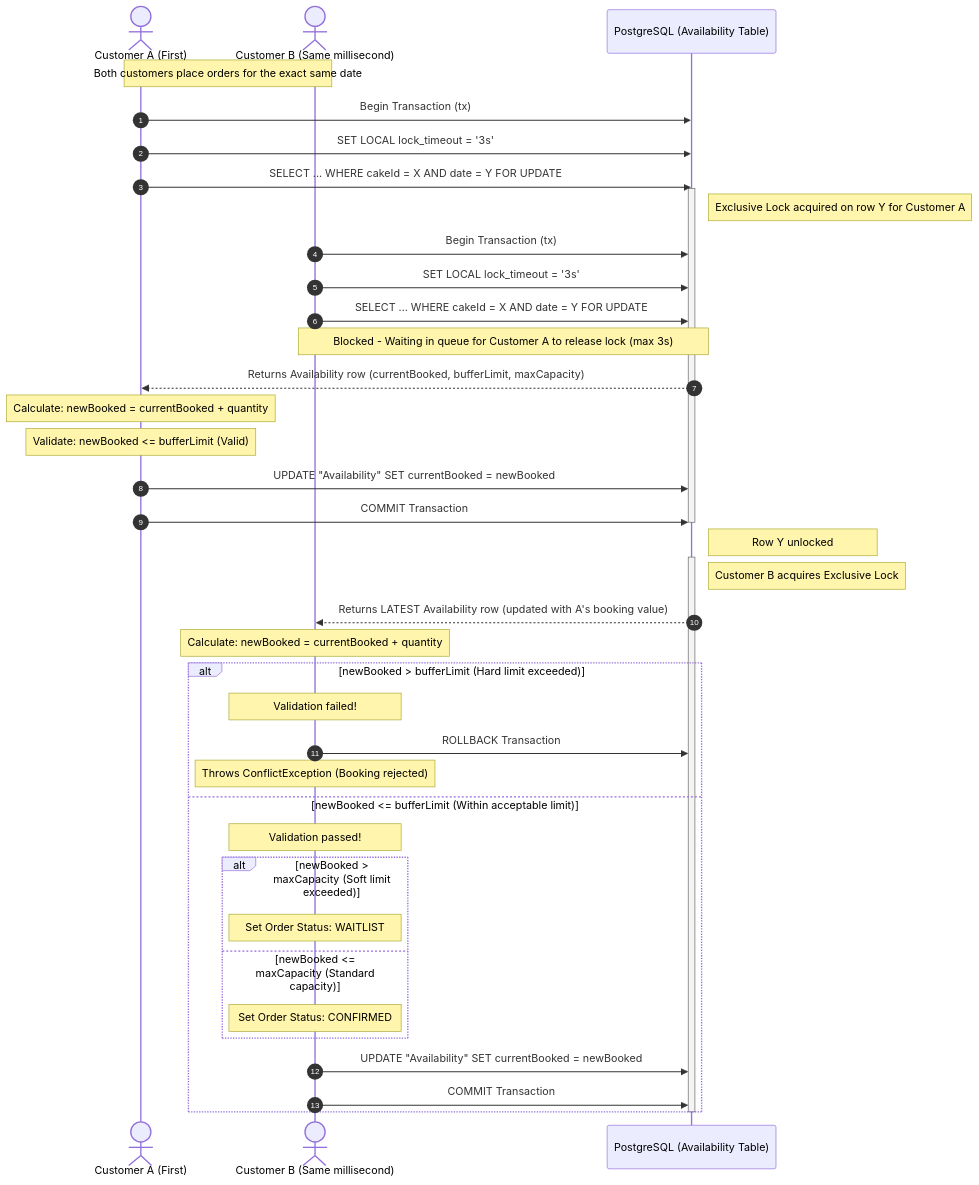
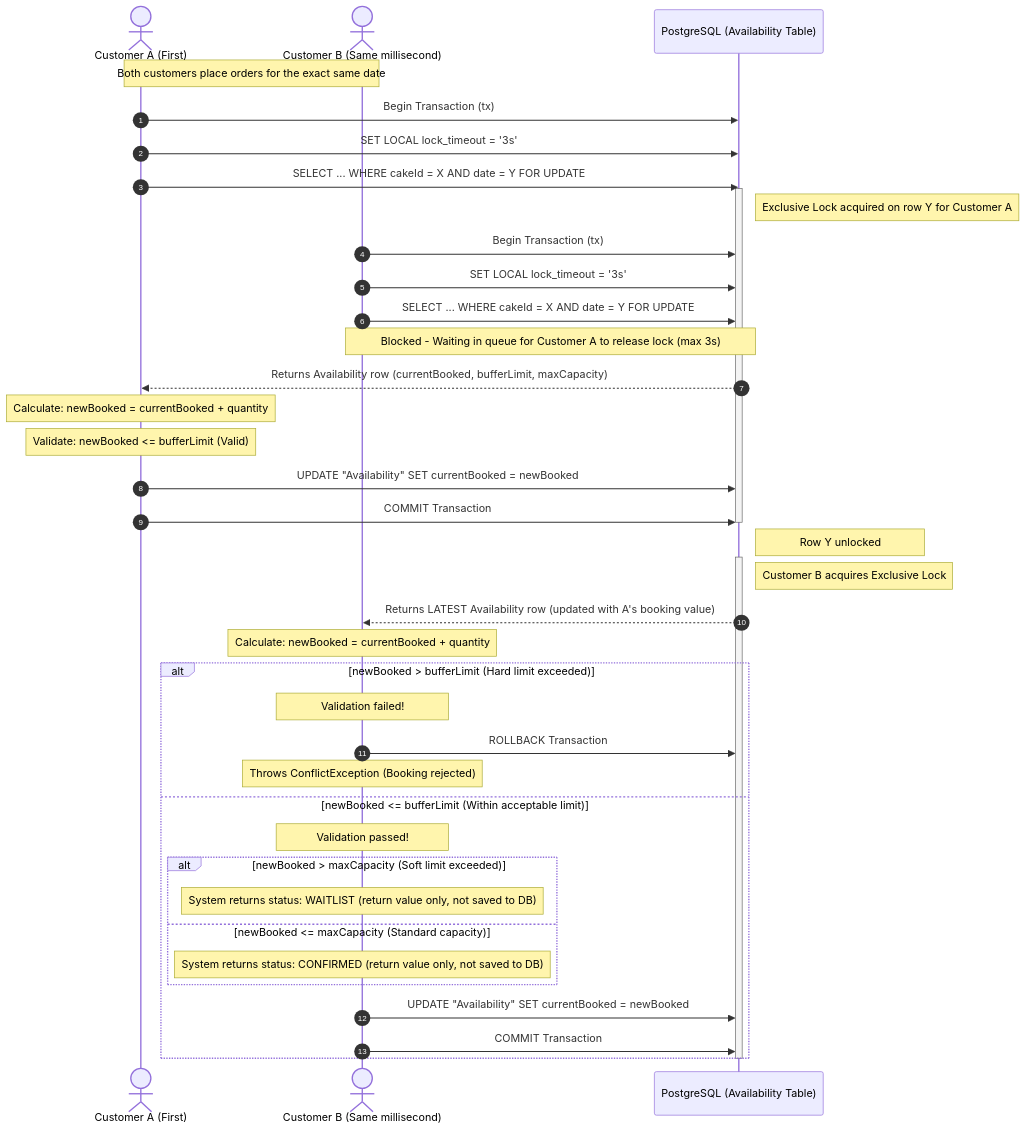
The diagram in docs/ADR/records/001-concurrency-control/001-concurrency-control-en.md (N4thh/banh-pia-pms-showcase), drawn with Mermaid before and after one commit. The commit also changed other lines of this file and 13 other files, not shown here.

````diff
--- a/docs/ADR/records/001-concurrency-control/001-concurrency-control-en.md
+++ b/docs/ADR/records/001-concurrency-control/001-concurrency-control-en.md
@@ -41,53 +39,53 @@
 ```mermaid
 sequenceDiagram
     autonumber
     actor A as Customer A (First)
     actor B as Customer B (Same millisecond)
     participant DB as PostgreSQL (Availability Table)
 
     note over A, B: Both customers place orders for the exact same date
 
     %% Customer A starts
     A->>DB: Begin Transaction (tx)
     A->>DB: SET LOCAL lock_timeout = '3s'
     A->>DB: SELECT ... WHERE cakeId = X AND date = Y FOR UPDATE
     activate DB
     note right of DB: Exclusive Lock acquired on row Y for Customer A
 
     %% Customer B tries to select and gets blocked
     B->>DB: Begin Transaction (tx)
     B->>DB: SET LOCAL lock_timeout = '3s'
     B->>DB: SELECT ... WHERE cakeId = X AND date = Y FOR UPDATE
     note over B, DB: Blocked - Waiting in queue for Customer A to release lock (max 3s)
 
     %% Customer A finishes processing
     DB-->>A: Returns Availability row (currentBooked, bufferLimit, maxCapacity)
     note over A: Calculate: newBooked = currentBooked + quantity
     note over A: Validate: newBooked <= bufferLimit (Valid)
     A->>DB: UPDATE "Availability" SET currentBooked = newBooked
     A->>DB: COMMIT Transaction
     deactivate DB
     note right of DB: Row Y unlocked
 
     %% Customer B wakes up and acquires the lock
     activate DB
     note right of DB: Customer B acquires Exclusive Lock
     DB-->>B: Returns LATEST Availability row (updated with A's booking value)
     note over B: Calculate: newBooked = currentBooked + quantity
 
     alt newBooked > bufferLimit (Hard limit exceeded)
         note over B: Validation failed!
         B->>DB: ROLLBACK Transaction
         note over B: Throws ConflictException (Booking rejected)
     else newBooked <= bufferLimit (Within acceptable limit)
         note over B: Validation passed!
         alt newBooked > maxCapacity (Soft limit exceeded)
-            note over B: Set Order Status: WAITLIST
+            note over B: System returns status: WAITLIST (return value only, not saved to DB)
         else newBooked <= maxCapacity (Standard capacity)
-            note over B: Set Order Status: CONFIRMED
+            note over B: System returns status: CONFIRMED (return value only, not saved to DB)
         end
         B->>DB: UPDATE "Availability" SET currentBooked = newBooked
         B->>DB: COMMIT Transaction
     end
     deactivate DB
 ```
````
